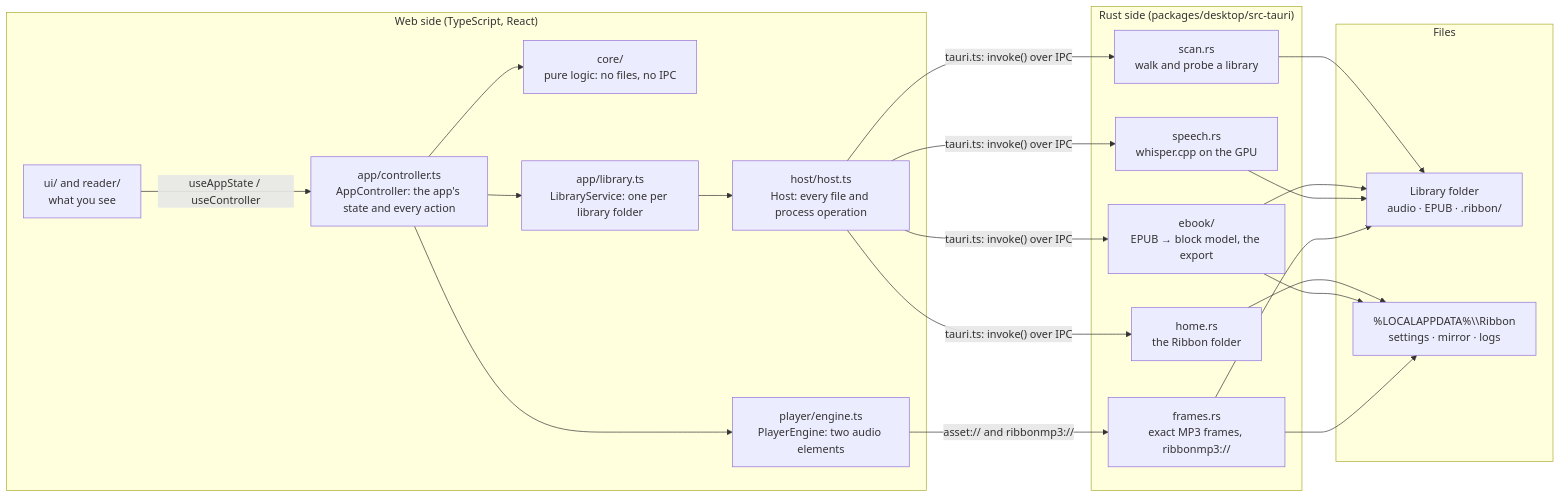
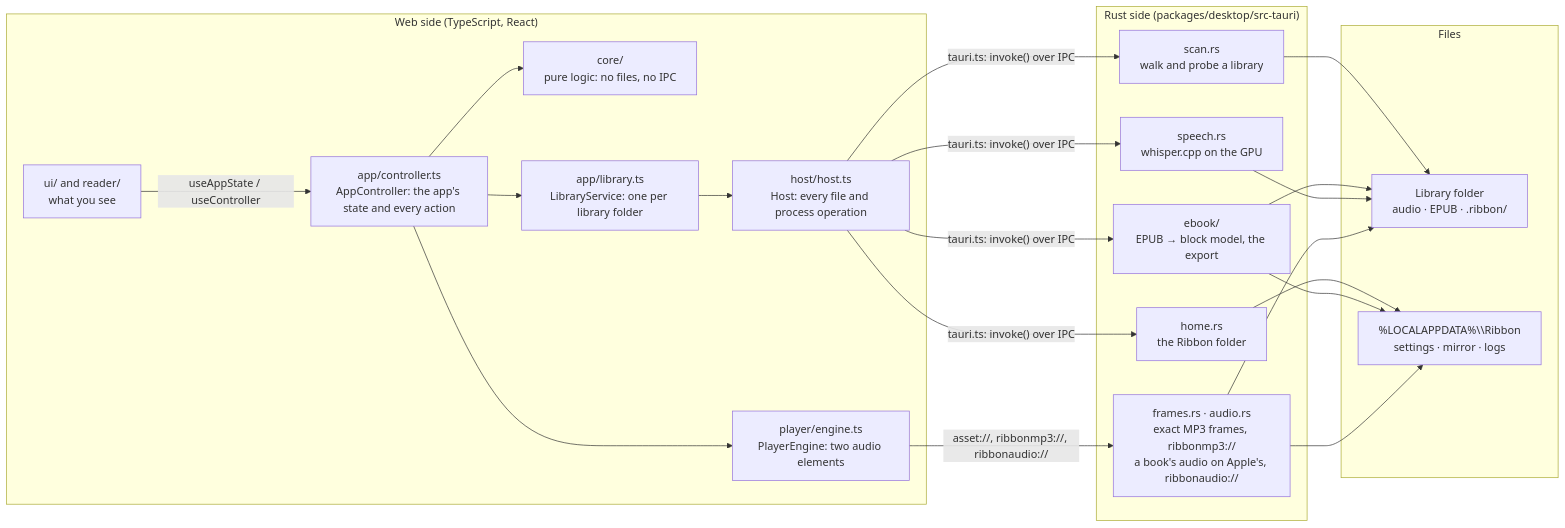
Before and after one commit to KhalidAdan/ribbon: the second of 10 diagrams in docs/ARCHITECTURE.md, drawn with Mermaid. The commit also changed other lines of this file and 10 other files, not shown here.

````diff
--- a/docs/ARCHITECTURE.md
+++ b/docs/ARCHITECTURE.md
@@ -49,31 +49,31 @@
 ```mermaid
 flowchart LR
   subgraph Web["Web side (TypeScript, React)"]
     UI["ui/ and reader/<br/>what you see"]
     C["app/controller.ts<br/>AppController: the app's state and every action"]
     Core["core/<br/>pure logic: no files, no IPC"]
     Eng["player/engine.ts<br/>PlayerEngine: two audio elements"]
     Lib["app/library.ts<br/>LibraryService: one per library folder"]
     Host["host/host.ts<br/>Host: every file and process operation"]
   end
   subgraph Rust["Rust side (packages/desktop/src-tauri)"]
     Scan["scan.rs<br/>walk and probe a library"]
     Ebook["ebook/<br/>EPUB → block model, the export"]
     Speech["speech.rs<br/>whisper.cpp on the GPU"]
-    Frames["frames.rs<br/>exact MP3 frames, ribbonmp3://"]
+    Frames["frames.rs · audio.rs<br/>exact MP3 frames, ribbonmp3://<br/>a book's audio on Apple's, ribbonaudio://"]
     Home["home.rs<br/>the Ribbon folder"]
   end
   subgraph Disk["Files"]
     Books["Library folder<br/>audio · EPUB · .ribbon/"]
     App["%LOCALAPPDATA%\\Ribbon<br/>settings · mirror · logs"]
   end
   UI -- "useAppState / useController" --> C
   C --> Core
   C --> Eng
   C --> Lib
   Lib --> Host
   Host -- "tauri.ts: invoke() over IPC" --> Scan & Ebook & Speech & Home
-  Eng -- "asset:// and ribbonmp3://" --> Frames
+  Eng -- "asset://, ribbonmp3://, ribbonaudio://" --> Frames
   Scan & Ebook & Speech & Frames --> Books
   Home & Ebook & Frames --> App
 ```
````
